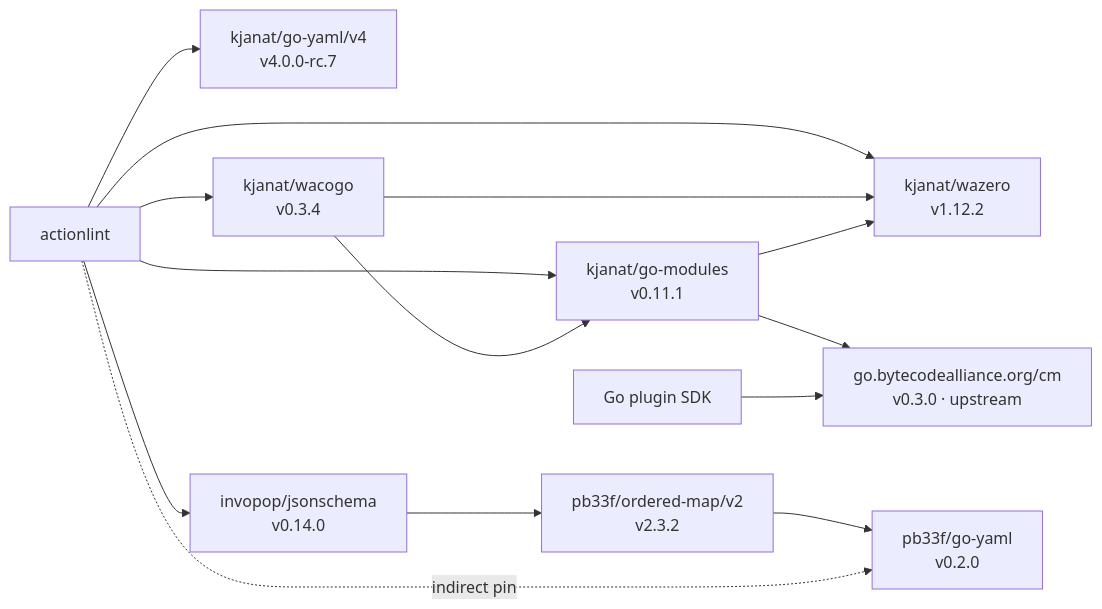
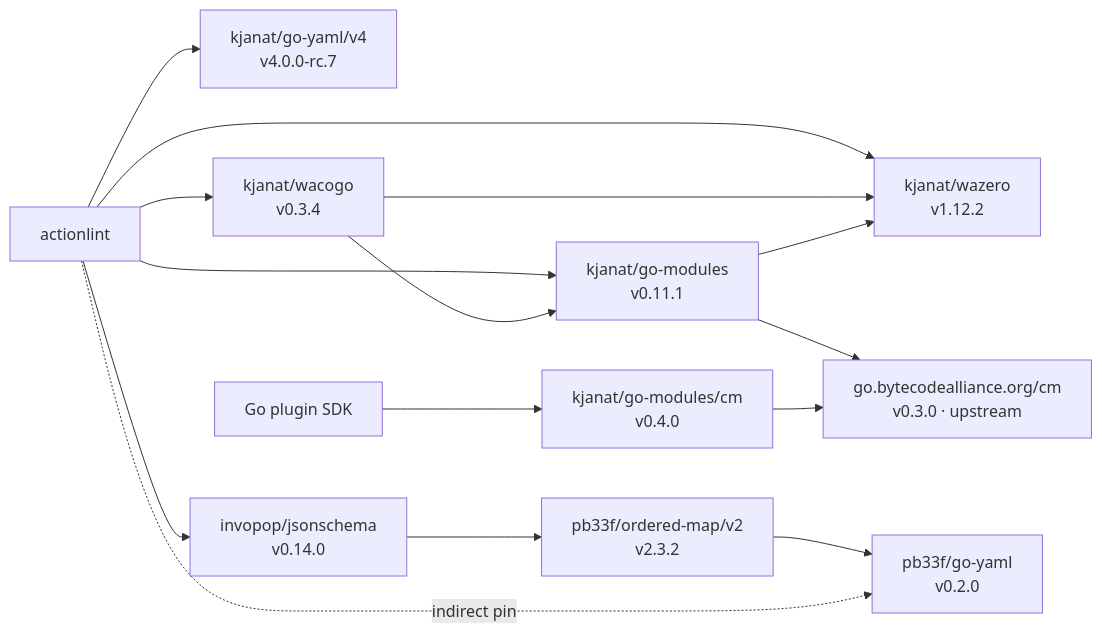
The diagram in docs/go-forks.md (kjanat/actionlint), drawn with Mermaid before and after one commit. The commit also changed other lines of this file and 27 other files, not shown here.

First line of the commit message:
Move Go SDK to the go-modules cm fork v0.4.0

````diff
--- a/docs/go-forks.md
+++ b/docs/go-forks.md
@@ -7,24 +7,26 @@
 ```mermaid
 flowchart LR
     %% renovate: depName=github.com/kjanat/go-yaml/v4
     A[actionlint] --> Y["kjanat/go-yaml/v4<br/>v4.0.0-rc.7"]
     %% renovate: depName=github.com/kjanat/wacogo
     A --> W["kjanat/wacogo<br/>v0.3.4"]
     %% renovate: depName=github.com/kjanat/wazero
     A --> Z["kjanat/wazero<br/>v1.12.2"]
     %% renovate: depName=github.com/kjanat/go-modules
     A --> G["kjanat/go-modules<br/>v0.11.1"]
     W --> G
     W --> Z
     G --> Z
+    %% renovate: depName=github.com/kjanat/go-modules/cm
+    E[Go plugin SDK] --> CM["kjanat/go-modules/cm<br/>v0.4.0"]
     %% renovate: depName=go.bytecodealliance.org/cm
-    G --> CM["go.bytecodealliance.org/cm<br/>v0.3.0 · upstream"]
-    E[Go plugin SDK] --> CM
+    G --> U["go.bytecodealliance.org/cm<br/>v0.3.0 · upstream"]
+    CM --> U
     %% renovate: depName=github.com/invopop/jsonschema
     A --> J["invopop/jsonschema<br/>v0.14.0"]
     %% renovate: depName=github.com/pb33f/ordered-map/v2
     J --> O["pb33f/ordered-map/v2<br/>v2.3.2"]
     %% renovate: depName=github.com/pb33f/go-yaml
     O --> P["pb33f/go-yaml<br/>v0.2.0"]
     A -. indirect pin .-> P
 ```
````
